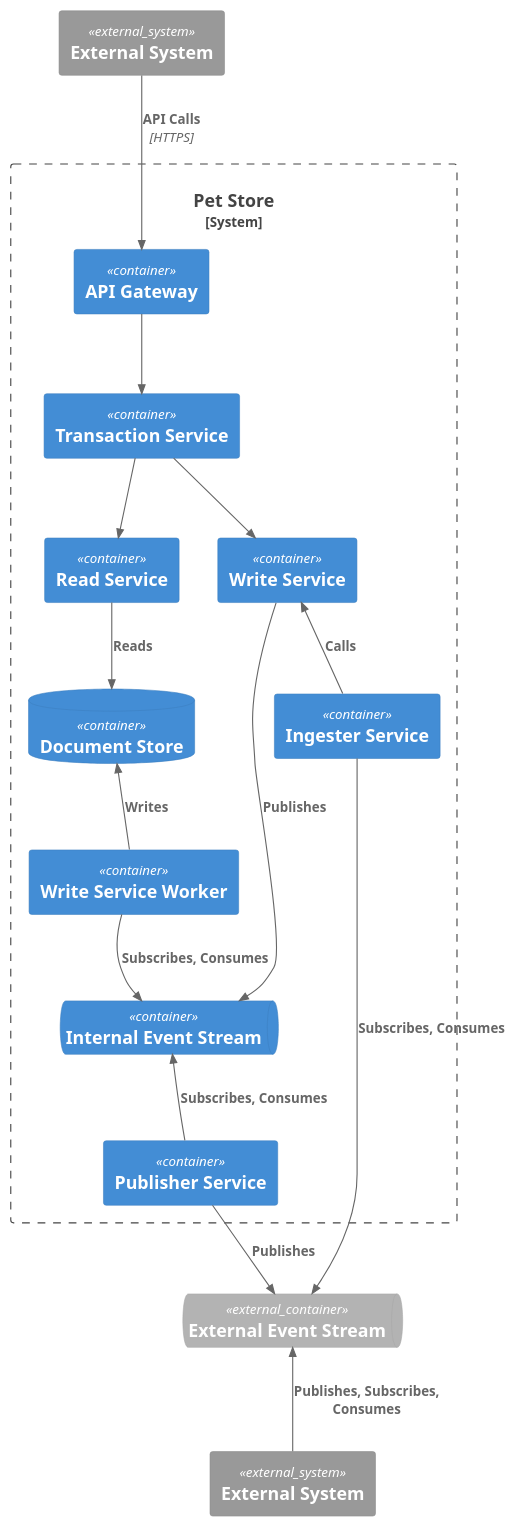
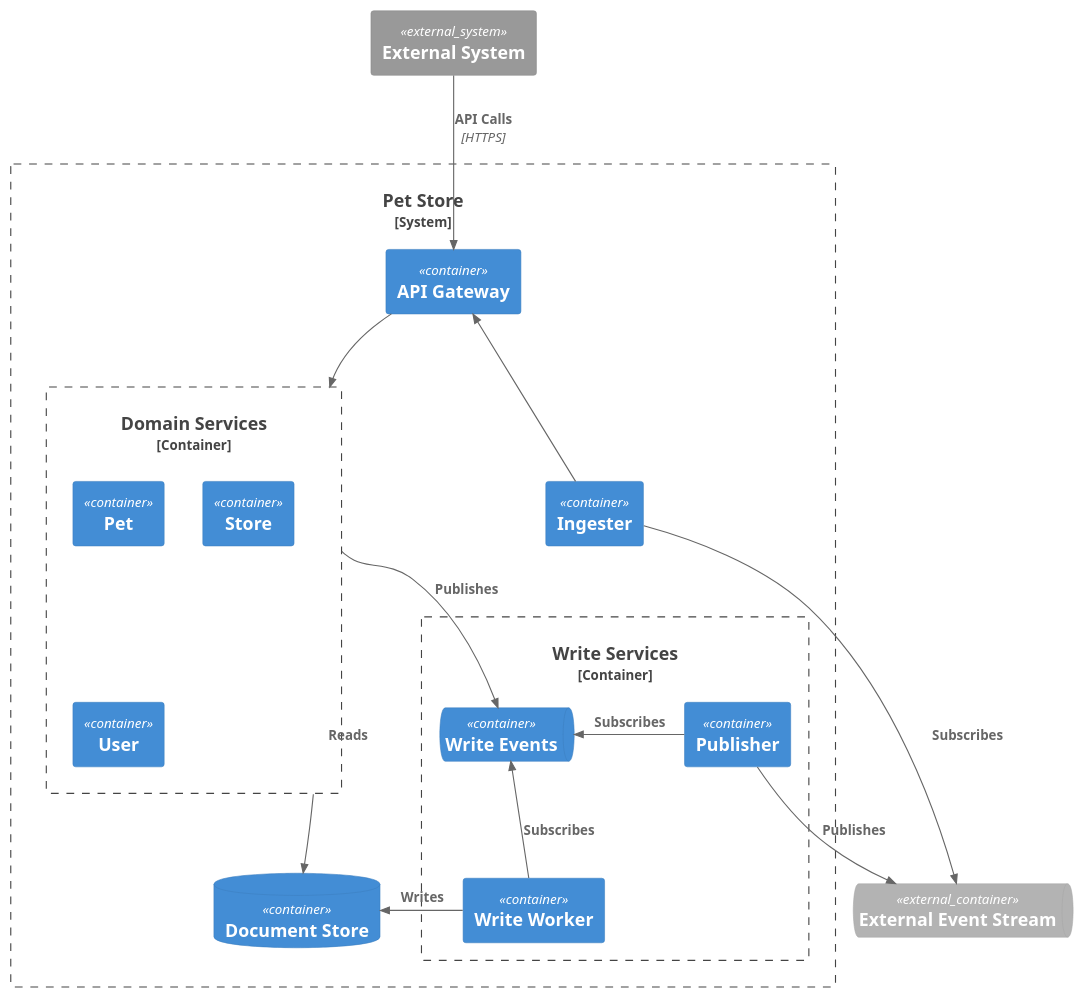
The diagram in container.puml (jackbeck-arcteryx/sandbox), drawn with PlantUML before and after one commit.

```diff
--- a/container.puml
+++ b/container.puml
@@ -1,46 +1,44 @@
 @startuml
 !include https://raw.githubusercontent.com/plantuml-stdlib/C4-PlantUML/master/C4_Container.puml
 
 System_Ext(ext1, "External System")
+ContainerQueue_Ext(extEvents, "External Event Stream")
 
 System_Boundary(sys, "Pet Store") {
   Container(api, "API Gateway")
-  Container(trans, "Transaction Service")
 
-  Container(write, "Write Service")
-  Container(read, "Read Service")
+  Container_Boundary(domainServices, "Domain Services") {
+    Container(pet, "Pet")
+    Container(store, "Store")
+    Container(user, "User")
+  }
 
-  Container(writeWorker, "Write Service Worker")
-
-  ContainerQueue(events, "Internal Event Stream")
-
-  Container(ingester, "Ingester Service")
-  Container(publisher, "Publisher Service")
-
+  Container_Boundary(writeServices, "Write Services") {
+    Container(writeWorker, "Write Worker")
+    ContainerQueue(writes, "Write Events")
+    Container(publisher, "Publisher")
+  }
+  
+  Container(ingester, "Ingester")
+  
   ContainerDb(db, "Document Store")
-
 }
 
-ContainerQueue_Ext(extEvents, "External Event Stream")
-System_Ext(ext2, "External System")
+Rel_D(ext1, api, "API Calls", "HTTPS")
 
-Rel(ext1, api, "API Calls", "HTTPS")
-Rel(api, trans, "")
+Rel(ingester, extEvents, "Subscribes")
+Rel_U(ingester, api, "")
 
-Rel(trans, write, "")
-Rel(trans, read, "")
+Rel_D(api, domainServices, "")
 
-Rel_D(write, events, "Publishes")
-Rel_D(read, db, "Reads")
 
-Rel_D(writeWorker, events, "Subscribes, Consumes")
-Rel_U(writeWorker, db, "Writes")
+Rel_D(domainServices, writes, "Publishes")
+Rel(domainServices, db, "Reads")
 
-Rel_D(ingester, extEvents, "Subscribes, Consumes")
-Rel_U(ingester, write, "Calls")
+Rel_U(writeWorker, writes, "Subscribes")
+Rel_L(writeWorker, db, "Writes")
 
-Rel_D(publisher, extEvents, "Publishes")
-Rel_U(publisher, events, "Subscribes, Consumes")
+Rel_R(publisher, writes, "Subscribes")
+Rel(publisher, extEvents, "Publishes")
 
-Rel_U(ext2, extEvents, "Publishes, Subscribes, Consumes")
 @enduml
```
